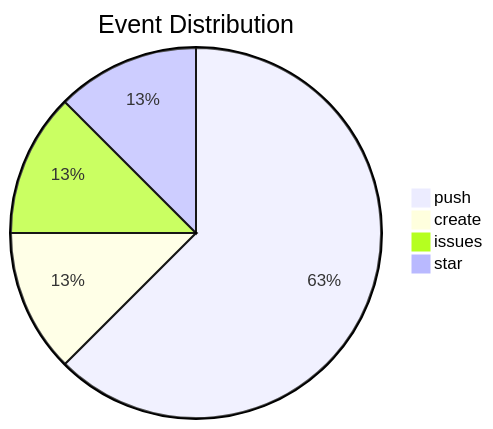
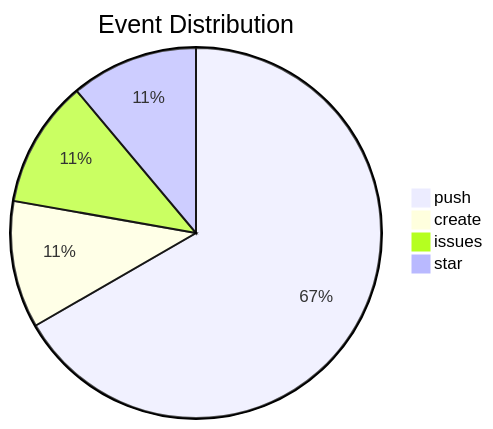
The second of 3 diagrams in README.md (lunarshe11/lunarshe11), drawn with Mermaid before and after one commit. The commit also changed other lines of this file, not shown here.

````diff
--- a/README.md
+++ b/README.md
@@ -30,7 +30,7 @@
 ```mermaid
 pie title Event Distribution
-    "push" : 5
+    "push" : 6
     "create" : 1
     "issues" : 1
     "star" : 1
 ```
````
